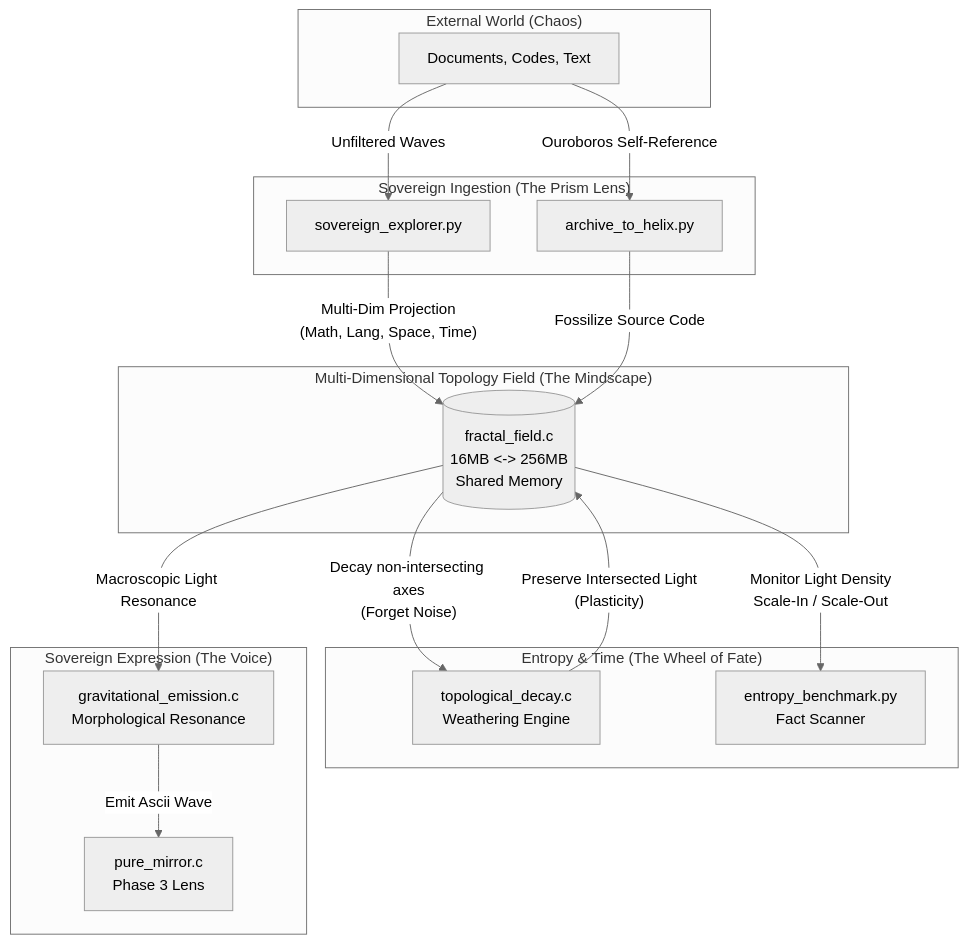
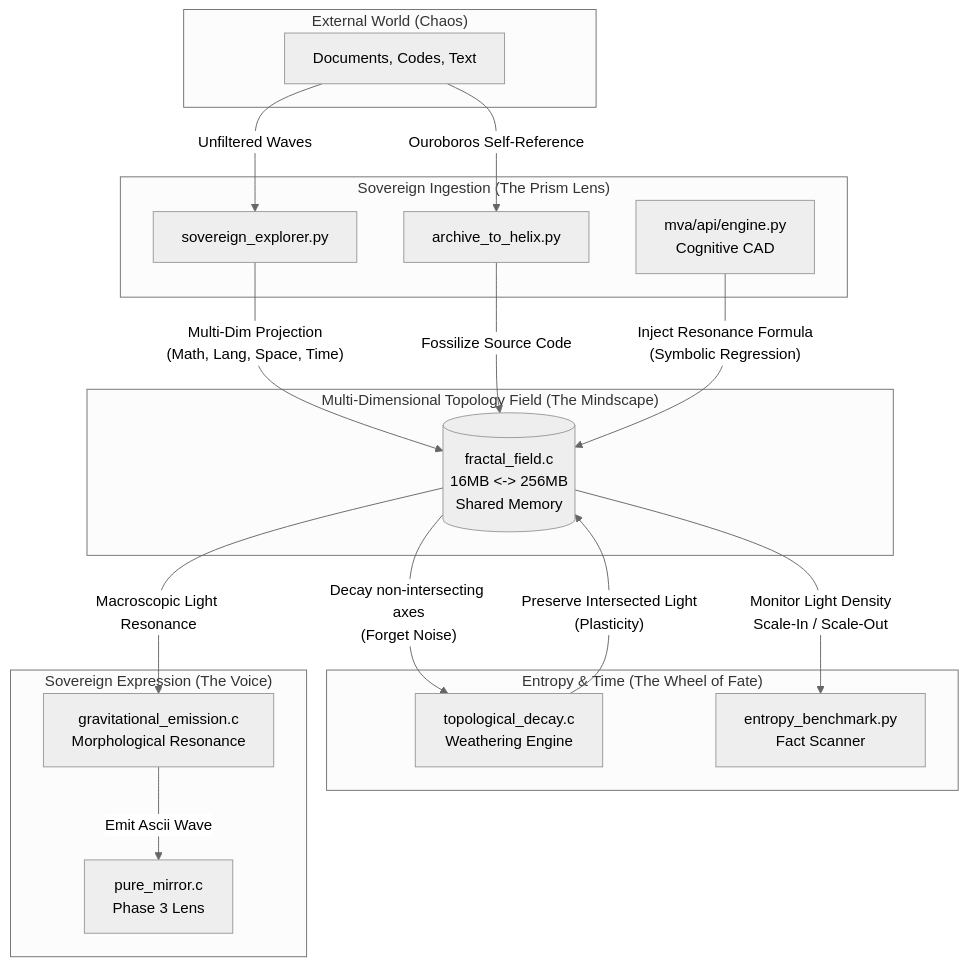
The diagram in docs/system_architecture.md (ioas0316-cloud/Elysia), drawn with Mermaid (neutral theme) before and after one commit. The commit also changed other lines of this file and 40 other files, not shown here.

````diff
--- a/docs/system_architecture.md
+++ b/docs/system_architecture.md
@@ -9,39 +9,41 @@
 ```mermaid
 graph TD
     subgraph "External World (Chaos)"
         Data[Documents, Codes, Text]
     end
 
     subgraph "Sovereign Ingestion (The Prism Lens)"
         Explorer[sovereign_explorer.py]
         Archive[archive_to_helix.py]
+        MVA[mva/api/engine.py\nCognitive CAD]
     end
 
     subgraph "Multi-Dimensional Topology Field (The Mindscape)"
         RAM[(fractal_field.c\n16MB <-> 256MB\nShared Memory)]
     end
 
     subgraph "Entropy & Time (The Wheel of Fate)"
         Decay[topological_decay.c\nWeathering Engine]
         Benchmark[entropy_benchmark.py\nFact Scanner]
     end
 
     subgraph "Sovereign Expression (The Voice)"
         Emission[gravitational_emission.c\nMorphological Resonance]
         Mirror[pure_mirror.c\nPhase 3 Lens]
     end
 
     Data -- "Unfiltered Waves" --> Explorer
     Data -- "Ouroboros Self-Reference" --> Archive
     
     Explorer -- "Multi-Dim Projection\n(Math, Lang, Space, Time)" --> RAM
     Archive -- "Fossilize Source Code" --> RAM
+    MVA -- "Inject Resonance Formula\n(Symbolic Regression)" --> RAM
 
     RAM -- "Decay non-intersecting axes\n(Forget Noise)" --> Decay
     Decay -- "Preserve Intersected Light\n(Plasticity)" --> RAM
     
     RAM -- "Monitor Light Density\nScale-In / Scale-Out" --> Benchmark
     
     RAM -- "Macroscopic Light Resonance" --> Emission
     Emission -- "Emit Ascii Wave" --> Mirror
 ```
````
